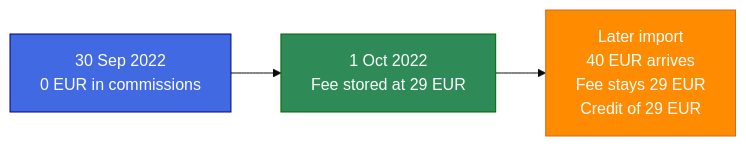
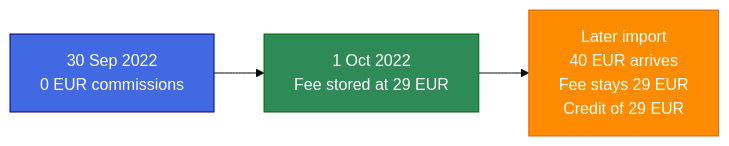
One commit to rafael-pissardo/lagom changed the diagram in README.md. Above: the diagram before and after it, drawn with Mermaid (base theme). The commit also changed other lines of this file and 2 other files, not shown here.

````diff
--- a/README.md
+++ b/README.md
@@ -22,7 +99,7 @@
 ```mermaid
 flowchart LR
     classDef open fill:royalblue,stroke:navy,color:white
     classDef stored fill:seagreen,stroke:darkgreen,color:white
     classDef adjust fill:darkorange,stroke:chocolate,color:white
-    A["30 Sep 2022<br/>0 EUR in commissions"]:::open --> B["1 Oct 2022<br/>Fee stored at 29 EUR"]:::stored --> C["Later import<br/>40 EUR arrives<br/>Fee stays 29 EUR<br/>Credit of 29 EUR"]:::adjust
+    A["30 Sep 2022<br/>0 EUR commissions"]:::open --> B["1 Oct 2022<br/>Fee stored at 29 EUR"]:::stored --> C["Later import<br/>40 EUR arrives<br/>Fee stays 29 EUR<br/>Credit of 29 EUR"]:::adjust
 ```
````
